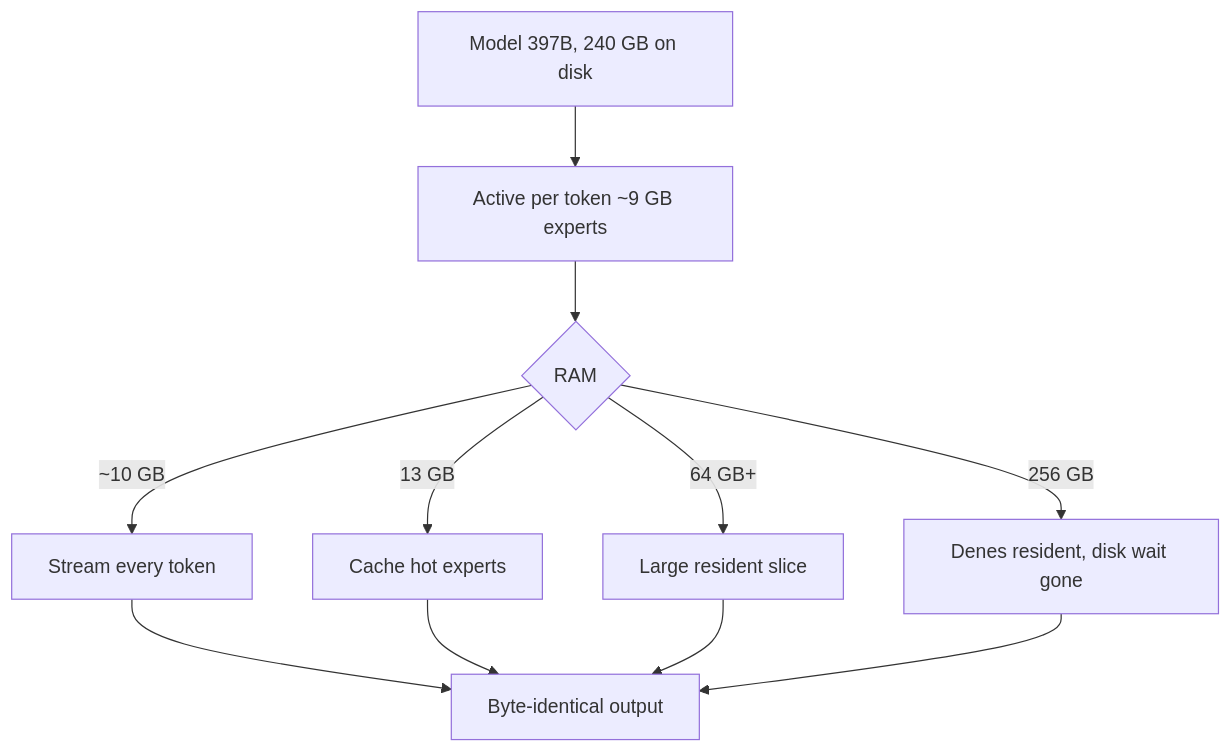
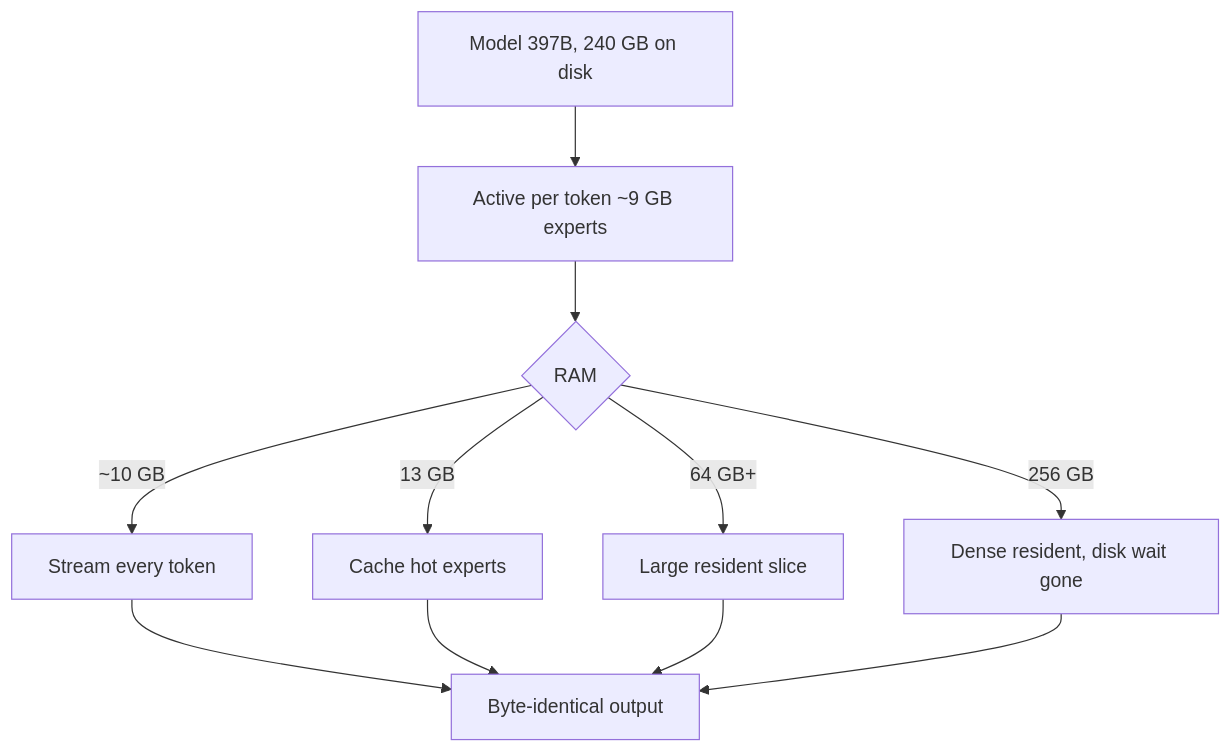
Before and after one commit to Shindevrp/qwen3-5-397b-in-rust: the second of 10 diagrams in README.md, drawn with Mermaid. The commit also changed other lines of this file and 12 other files, not shown here.

First line of the commit message:
fix: correct delta-net decay gate formula and mermaid rendering in docs

````diff
--- a/README.md
+++ b/README.md
@@ -241,10 +240,10 @@
 ```mermaid
 graph TD
-    A[Model 397B, 240 GB on disk] --> B[Active per token ~9 GB experts]
+    A["Model 397B, 240 GB on disk"] --> B[Active per token ~9 GB experts]
     B --> C{RAM}
     C -->|~10 GB| D[Stream every token]
     C -->|13 GB| E[Cache hot experts]
     C -->|64 GB+| F[Large resident slice]
-    C -->|256 GB| G[Denes resident, disk wait gone]
+    C -->|256 GB| G["Dense resident, disk wait gone"]
     D & E & F & G --> H[Byte-identical output]
 ```
````
